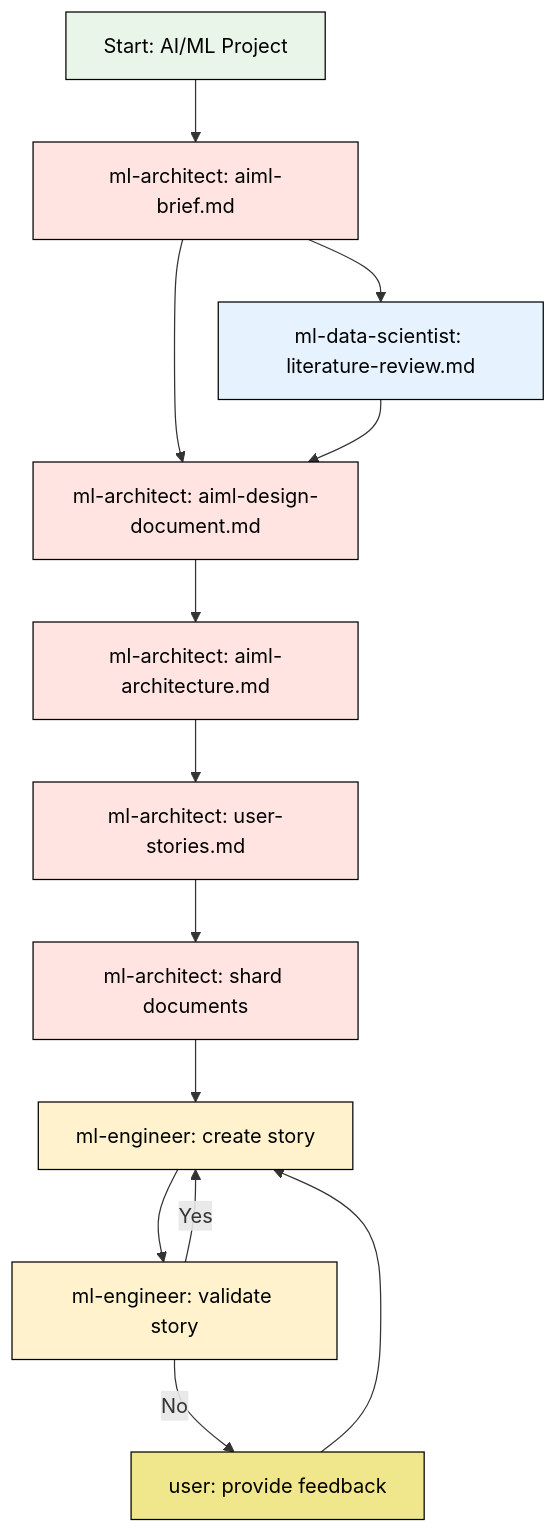
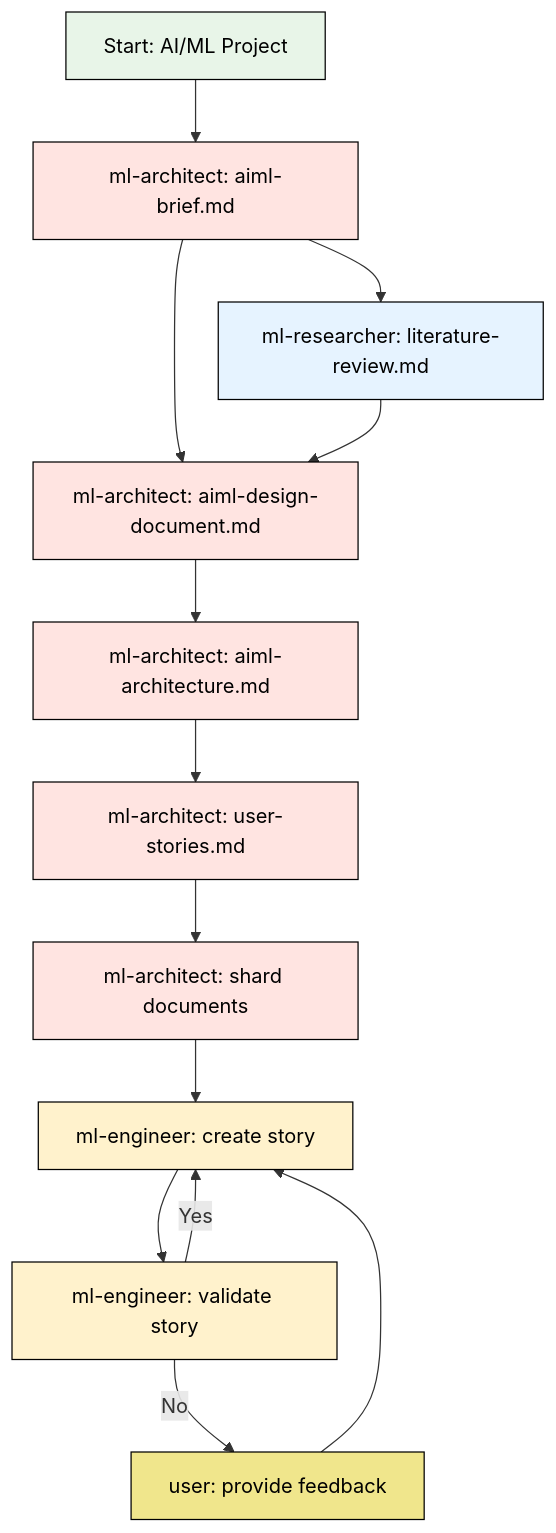
The diagram in README.md (aisingapore/bmad-aisg-aiml), drawn with Mermaid before and after one commit.

Commit message:
doc: fixed mermaid markdown in README to properly show researcher role

````diff
--- a/README.md
+++ b/README.md
@@ -224,33 +224,33 @@
 ```mermaid
     graph TD
         A[Start: AI/ML Project] --> B[ml-architect: aiml-brief.md]
-        B --> C[ml-data-scientist: literature-review.md]
+        B --> C[ml-researcher: literature-review.md]
         B --> D[ml-architect: aiml-design-document.md]
         C --> D
         D --> E[ml-architect: aiml-architecture.md]
         E --> F[ml-architect: user-stories.md]
         F --> G[ml-architect: shard documents]
         G --> H[ml-engineer: create story]
         H --> I[ml-engineer: validate story]
         I -->|Yes| H
         I -->|No| J[user: provide feedback]
         J --> H
         
         %% Styling with black font and unique colors for each agent
         style A fill:#E8F5E8,color:#000000,stroke:#000000
         style B fill:#FFE4E1,color:#000000,stroke:#000000
         style C fill:#E6F3FF,color:#000000,stroke:#000000
         style D fill:#FFE4E1,color:#000000,stroke:#000000
         style E fill:#FFE4E1,color:#000000,stroke:#000000
         style F fill:#FFE4E1,color:#000000,stroke:#000000
         style G fill:#FFE4E1,color:#000000,stroke:#000000
         style H fill:#FFF2CC,color:#000000,stroke:#000000
         style I fill:#FFF2CC,color:#000000,stroke:#000000
         style J fill:#F0E68C,color:#000000,stroke:#000000
         
         %% Color legend for agents:
         %% ml-architect (Rizwan): #FFE4E1 (Light Coral)
         %% ml-engineer (Marcus): #FFF2CC (Light Yellow)
         %% ml-data-scientist (Sophia): #E6F3FF (Light Blue)
         %% ml-security-ethics-specialist (Priya): #E8F8E8 (Light Green)
 ```
````
